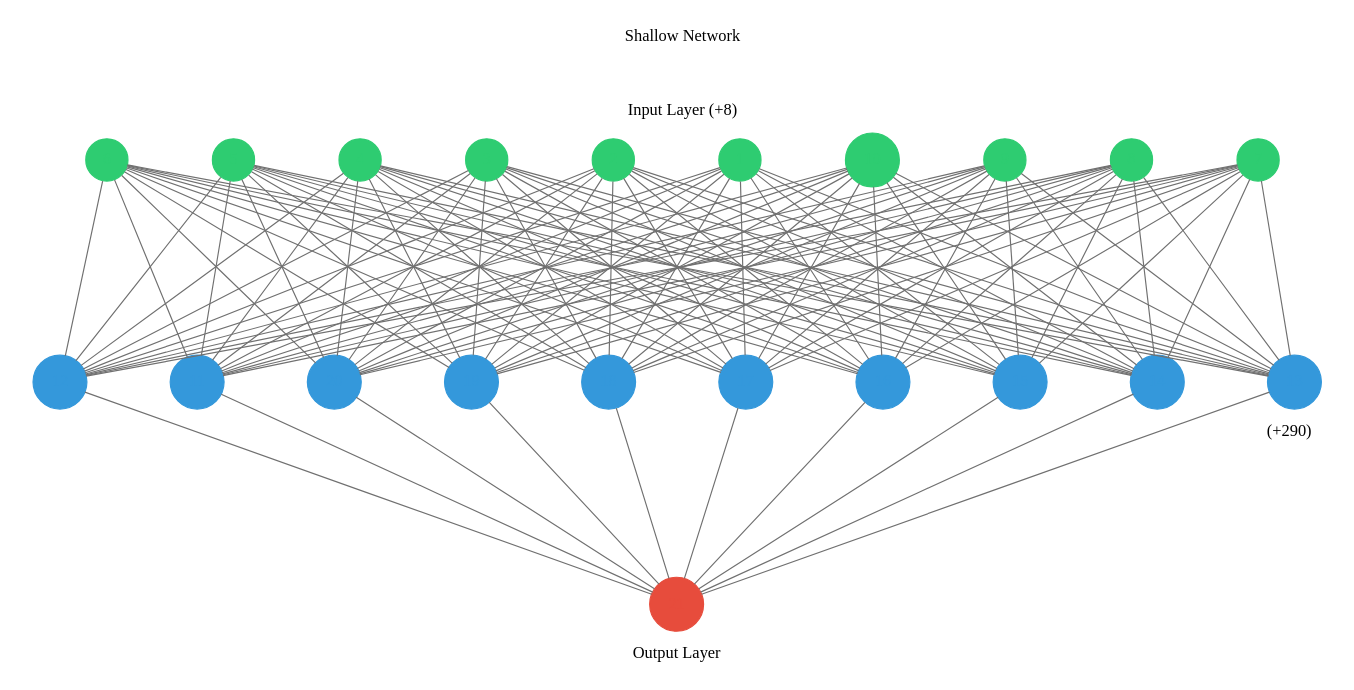
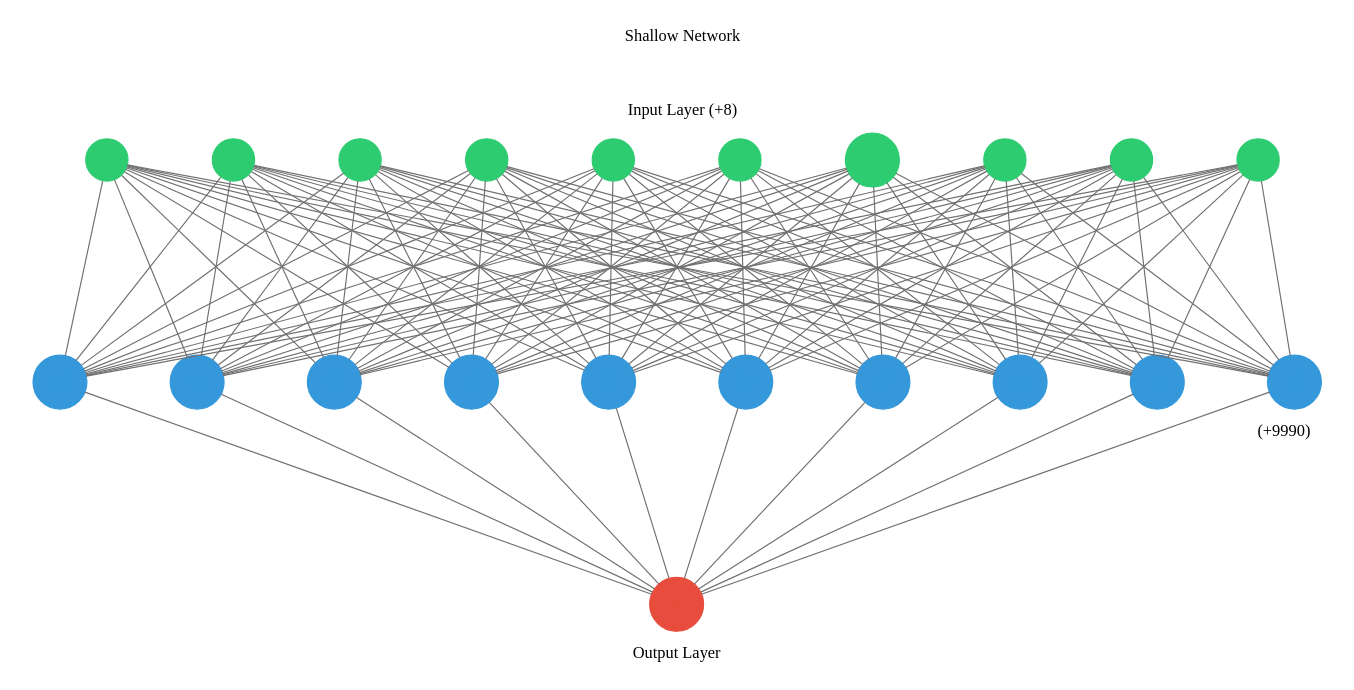
The diagram in network.gv (EugeniaSpedicato/MySw-Comp-), drawn with Graphviz before and after one commit. The commit also changed 2 other files, not shown here.

```diff
--- a/network.gv
+++ b/network.gv
@@ -178,7 +178,7 @@
 	subgraph cluster_1 {
 		color=white
 		rank=same
-		label=" (+290)" labeljust=right labelloc=b
+		label=" (+9990)" labeljust=right labelloc=b
 		11 [color="#3498db" fontcolor="#3498db" shape=circle style=filled]
 		12 [color="#3498db" fontcolor="#3498db" shape=circle style=filled]
 		13 [color="#3498db" fontcolor="#3498db" shape=circle style=filled]
```
